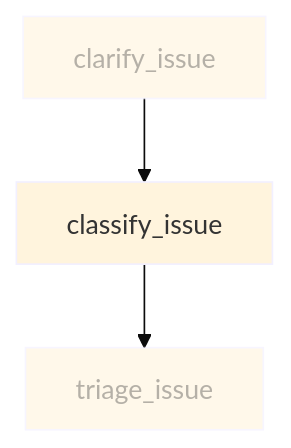
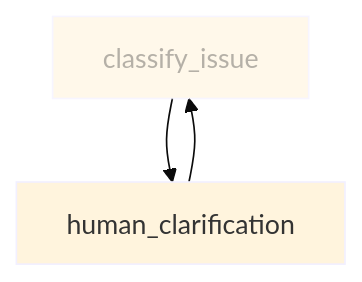
One commit to dextersjab/agentic-workbench-langgraph changed the second of 6 diagrams in backend/src/workflows/support_desk/nodes/README.md. Above: the diagram before and after it, drawn with Mermaid (base theme). The commit also changed other lines of this file and 3 other files, not shown here.

````diff
--- a/backend/src/workflows/support_desk/nodes/README.md
+++ b/backend/src/workflows/support_desk/nodes/README.md
@@ -50,10 +51,10 @@
 ```mermaid
 graph TD
-    A[clarify_issue] --> B[classify_issue]
-    B --> C[triage_issue]
+    A[classify_issue] --> B[human_clarification]
+    B --> A
     
     classDef default stroke:#f2f0ff,line-height:1.2
     classDef context opacity:0.6
     
-    class A,C context
+    class A context
 ```
````
